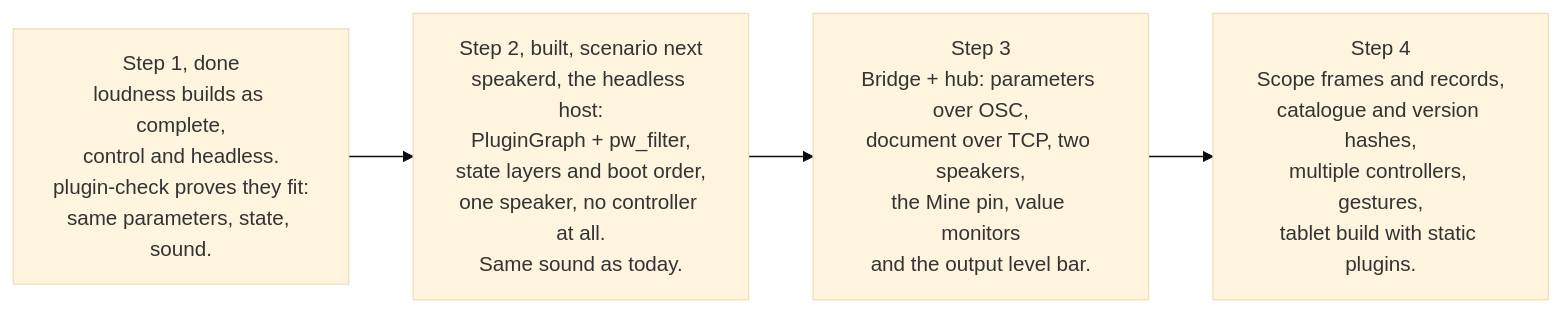
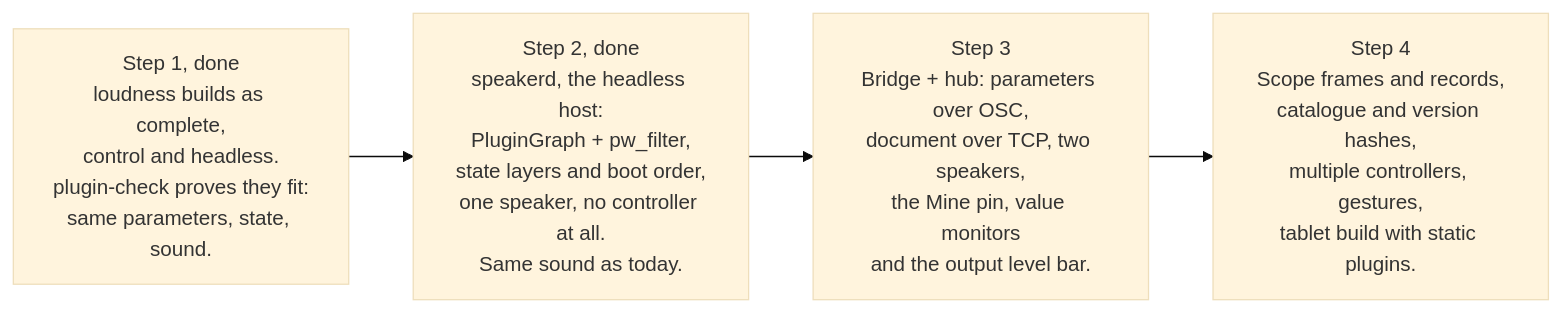
Before and after one commit to AMuszkat/bpi_amp_platform: diagram 12 of 12 in docs/remote-plugin-host.md, drawn with Mermaid (base theme). The commit also changed other lines of this file and 5 other files, not shown here.

First line of the commit message:
Record step 2 as done: speakerd and its scenarios

````diff
--- a/docs/remote-plugin-host.md
+++ b/docs/remote-plugin-host.md
@@ -817,6 +817,6 @@
 ```mermaid
 flowchart LR
-    s1["Step 1, done<br/>loudness builds as complete,<br/>control and headless.<br/>plugin-check proves they fit:<br/>same parameters, state, sound."] --> s2["Step 2, built, scenario next<br/>speakerd, the headless host:<br/>PluginGraph + pw_filter,<br/>state layers and boot order,<br/>one speaker, no controller at all.<br/>Same sound as today."]
+    s1["Step 1, done<br/>loudness builds as complete,<br/>control and headless.<br/>plugin-check proves they fit:<br/>same parameters, state, sound."] --> s2["Step 2, done<br/>speakerd, the headless host:<br/>PluginGraph + pw_filter,<br/>state layers and boot order,<br/>one speaker, no controller at all.<br/>Same sound as today."]
     s2 --> s3["Step 3<br/>Bridge + hub: parameters over OSC,<br/>document over TCP, two speakers,<br/>the Mine pin, value monitors<br/>and the output level bar."]
     s3 --> s4["Step 4<br/>Scope frames and records,<br/>catalogue and version hashes,<br/>multiple controllers, gestures,<br/>tablet build with static plugins."]
 ```
````
